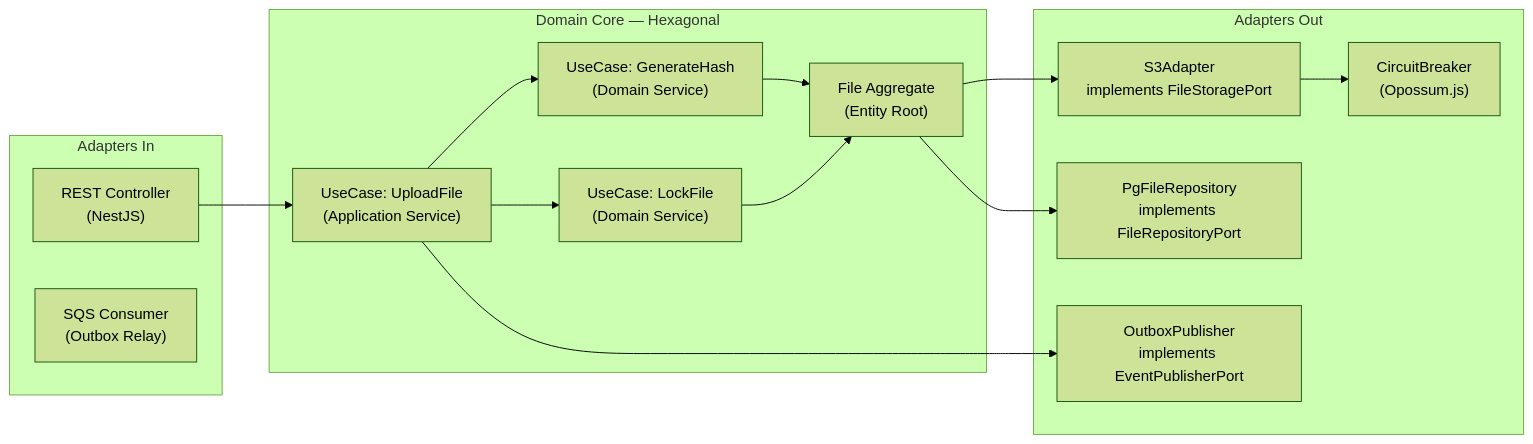
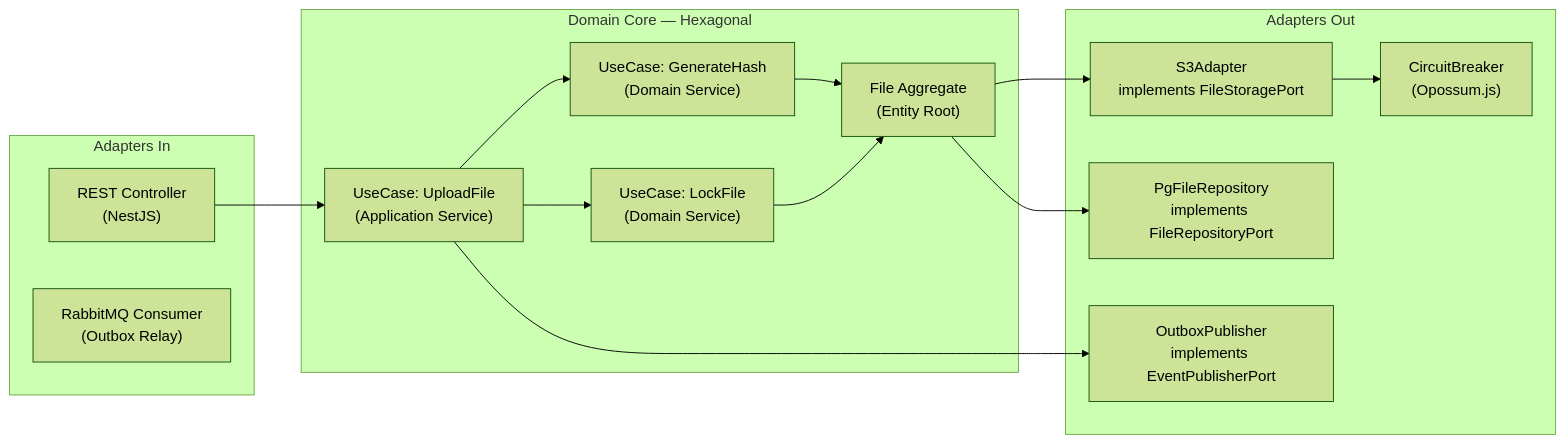
Before and after one commit to cgomez-mpsia/simoncloud-m3: the third of 9 diagrams in docs/DTI.md, drawn with Mermaid (forest theme). The commit also changed other lines of this file and 5 other files, not shown here.

````diff
--- a/docs/DTI.md
+++ b/docs/DTI.md
@@ -140,28 +140,28 @@
 ```mermaid
 flowchart LR
   subgraph in[Adapters In]
     REST["REST Controller\n(NestJS)"]
-    SQS_IN["SQS Consumer\n(Outbox Relay)"]
+    RMQ_IN["RabbitMQ Consumer\n(Outbox Relay)"]
   end
   subgraph core[Domain Core — Hexagonal]
     UC_UPLOAD["UseCase: UploadFile\n(Application Service)"]
     UC_HASH["UseCase: GenerateHash\n(Domain Service)"]
     UC_LOCK["UseCase: LockFile\n(Domain Service)"]
     AGG["File Aggregate\n(Entity Root)"]
   end
   subgraph out[Adapters Out]
     S3_ADAPTER["S3Adapter\nimplements FileStoragePort"]
     PG_ADAPTER["PgFileRepository\nimplements FileRepositoryPort"]
     OUTBOX["OutboxPublisher\nimplements EventPublisherPort"]
     CB["CircuitBreaker\n(Opossum.js)"]
   end
   REST --> UC_UPLOAD
   UC_UPLOAD --> UC_HASH
   UC_UPLOAD --> UC_LOCK
   UC_HASH --> AGG
   UC_LOCK --> AGG
   AGG --> PG_ADAPTER
   AGG --> S3_ADAPTER
   UC_UPLOAD --> OUTBOX
   S3_ADAPTER --> CB
 ```
````
